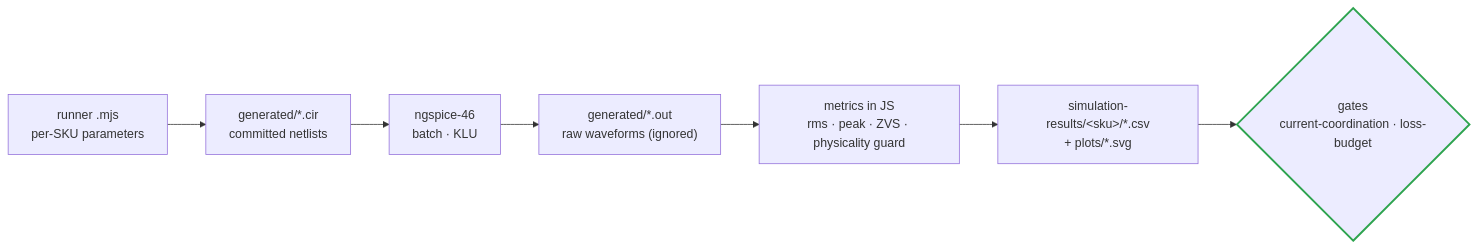
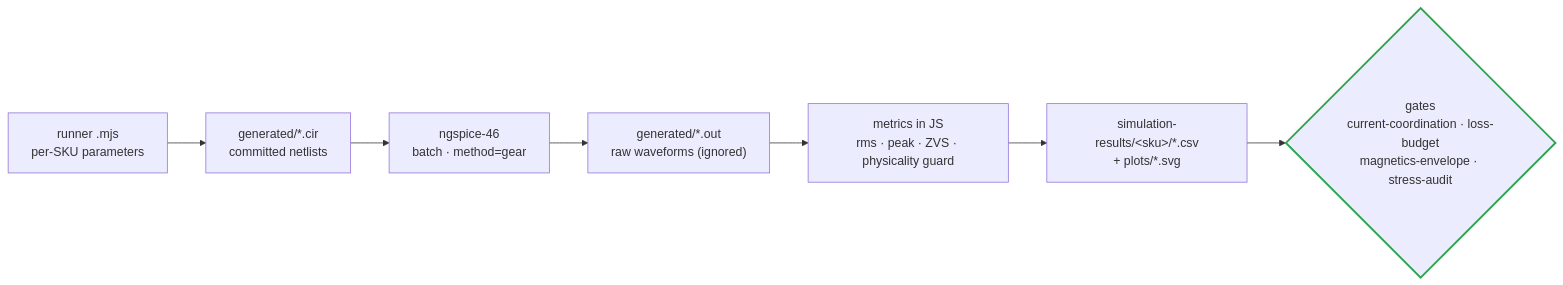
One commit to vectivolt/DC-Modules changed the diagram in spice/README.md. Above: the diagram before and after it, drawn with Mermaid. The commit also changed other lines of this file and 802 other files, not shown here.

````diff
--- a/spice/README.md
+++ b/spice/README.md
@@ -34,10 +33,10 @@
 ```mermaid
 flowchart LR
   R["runner .mjs<br/>per-SKU parameters"] --> CIR["generated/*.cir<br/>committed netlists"]
-  CIR --> NG["ngspice-46<br/>batch · KLU"]
+  CIR --> NG["ngspice-46<br/>batch · method=gear"]
   NG --> OUT["generated/*.out<br/>raw waveforms (ignored)"]
   OUT --> JS["metrics in JS<br/>rms · peak · ZVS · physicality guard"]
   JS --> RES["simulation-results/&lt;sku&gt;/*.csv<br/>+ plots/*.svg"]
-  RES --> G{"gates<br/>current-coordination · loss-budget"}
+  RES --> G{"gates<br/>current-coordination · loss-budget<br/>magnetics-envelope · stress-audit"}
   style G stroke:#2ea44f,stroke-width:2.5px
 ```
````
